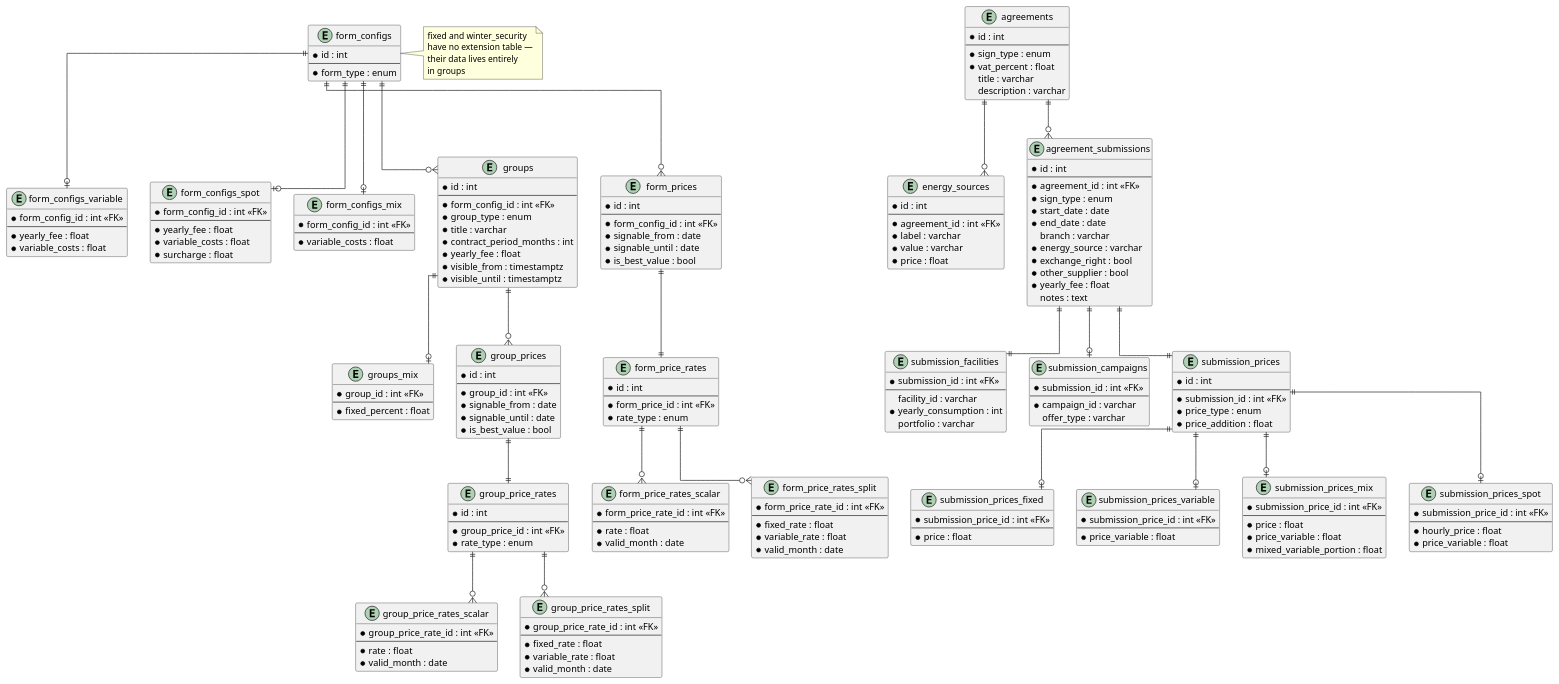
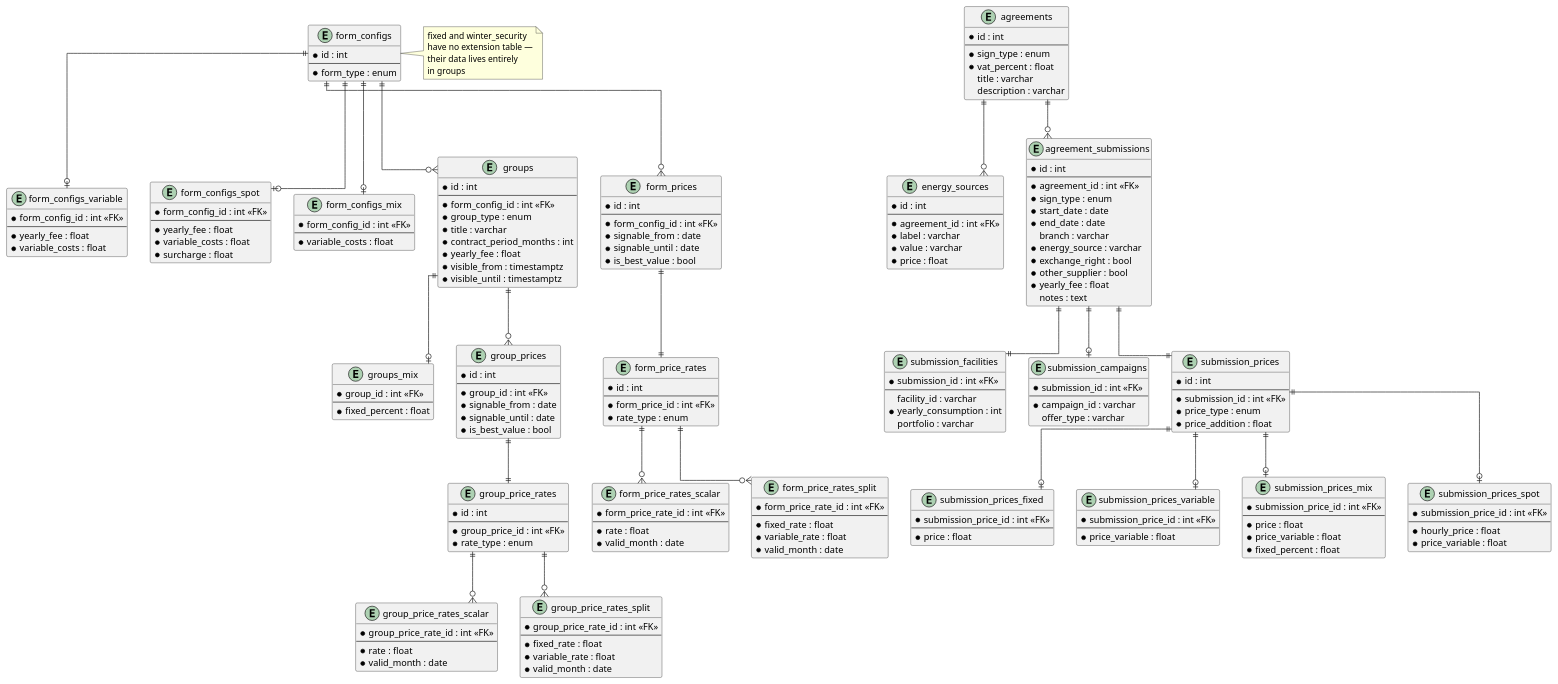
The diagram in architecture/database/diagram.puml (linusfri/glimr), drawn with PlantUML before and after one commit. The commit also changed 5 other files, not shown here.

```diff
--- a/architecture/database/diagram.puml
+++ b/architecture/database/diagram.puml
@@ -244,7 +244,7 @@
   --
   * price : float
   * price_variable : float
-  * mixed_variable_portion : float
+  * fixed_percent : float
 }
 
 entity submission_prices_spot {
```
